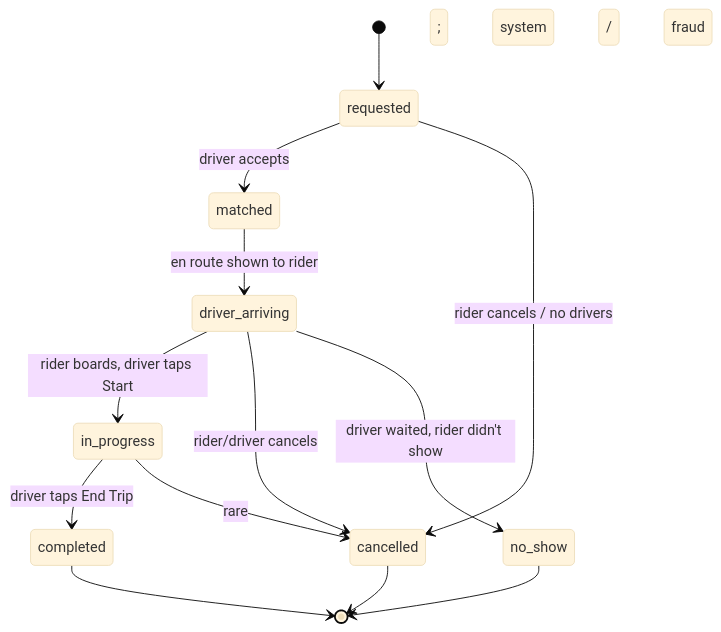
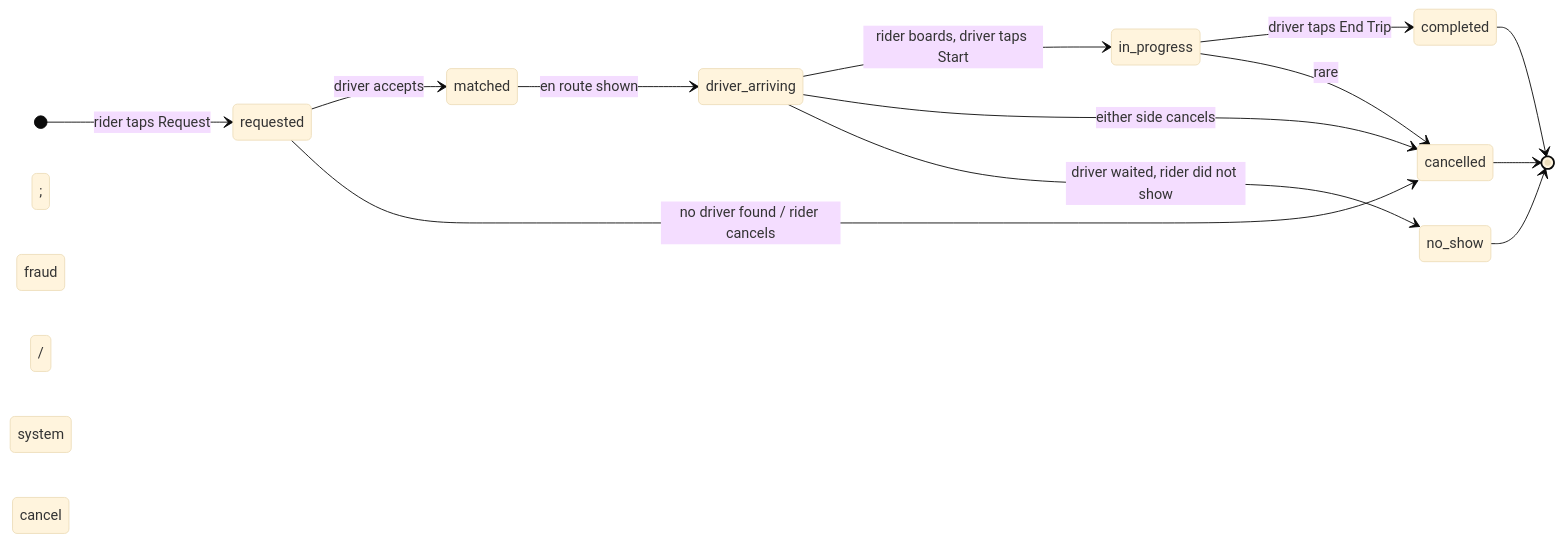
The second of 5 diagrams in problems/007-ride-sharing/solution.md (shiningflash/system-design), drawn with Mermaid (base theme) before and after one commit. The commit also changed other lines of this file and 38 other files, not shown here.

````diff
--- a/problems/007-ride-sharing/solution.md
+++ b/problems/007-ride-sharing/solution.md
@@ -359,15 +268,16 @@
 ```mermaid
 stateDiagram-v2
-    [*] --> requested
+    direction LR
+    [*] --> requested: rider taps Request
     requested --> matched: driver accepts
-    requested --> cancelled: rider cancels / no drivers
-    matched --> driver_arriving: en route shown to rider
+    requested --> cancelled: no driver found / rider cancels
+    matched --> driver_arriving: en route shown
     driver_arriving --> in_progress: rider boards, driver taps Start
-    driver_arriving --> cancelled: rider/driver cancels
-    driver_arriving --> no_show: driver waited, rider didn't show
+    driver_arriving --> cancelled: either side cancels
+    driver_arriving --> no_show: driver waited, rider did not show
     in_progress --> completed: driver taps End Trip
-    in_progress --> cancelled: rare; system / fraud
+    in_progress --> cancelled: rare; fraud / system cancel
     completed --> [*]
     cancelled --> [*]
     no_show --> [*]
 ```
````
